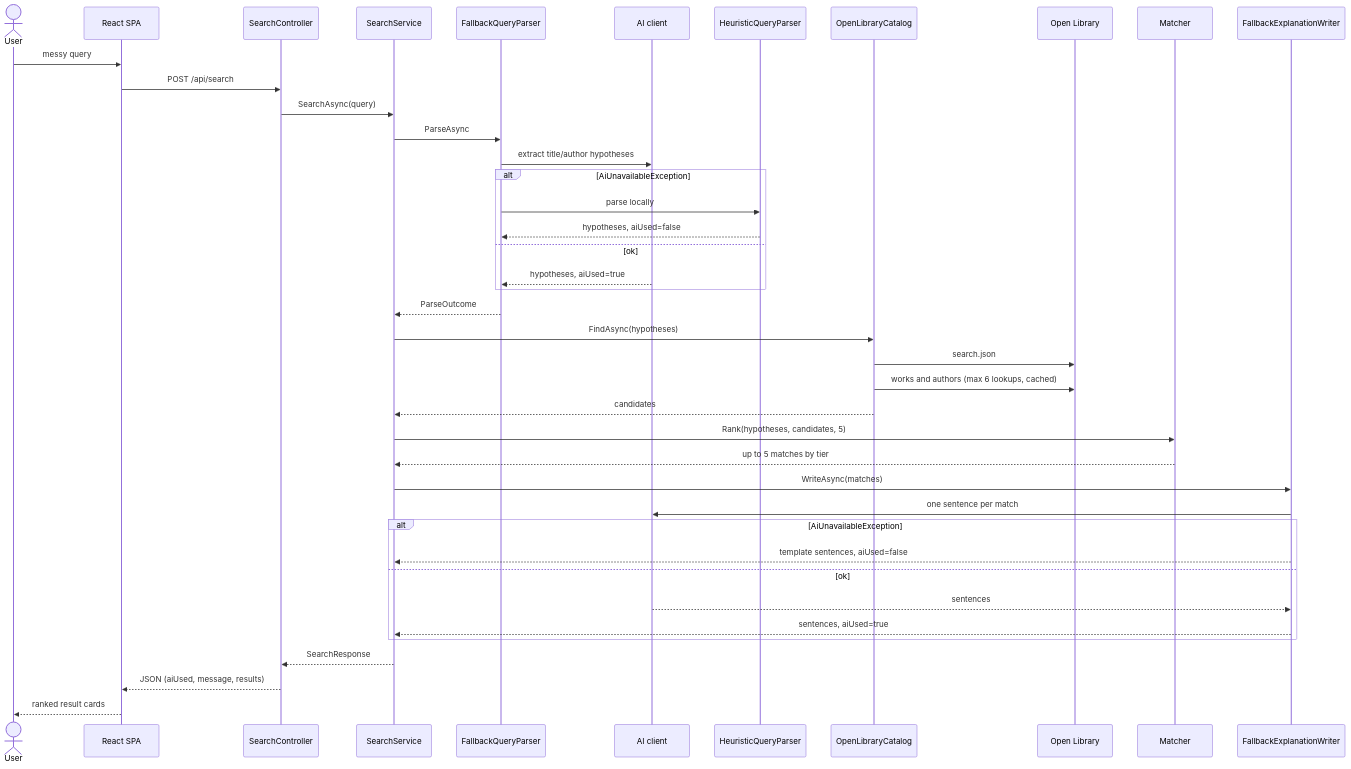
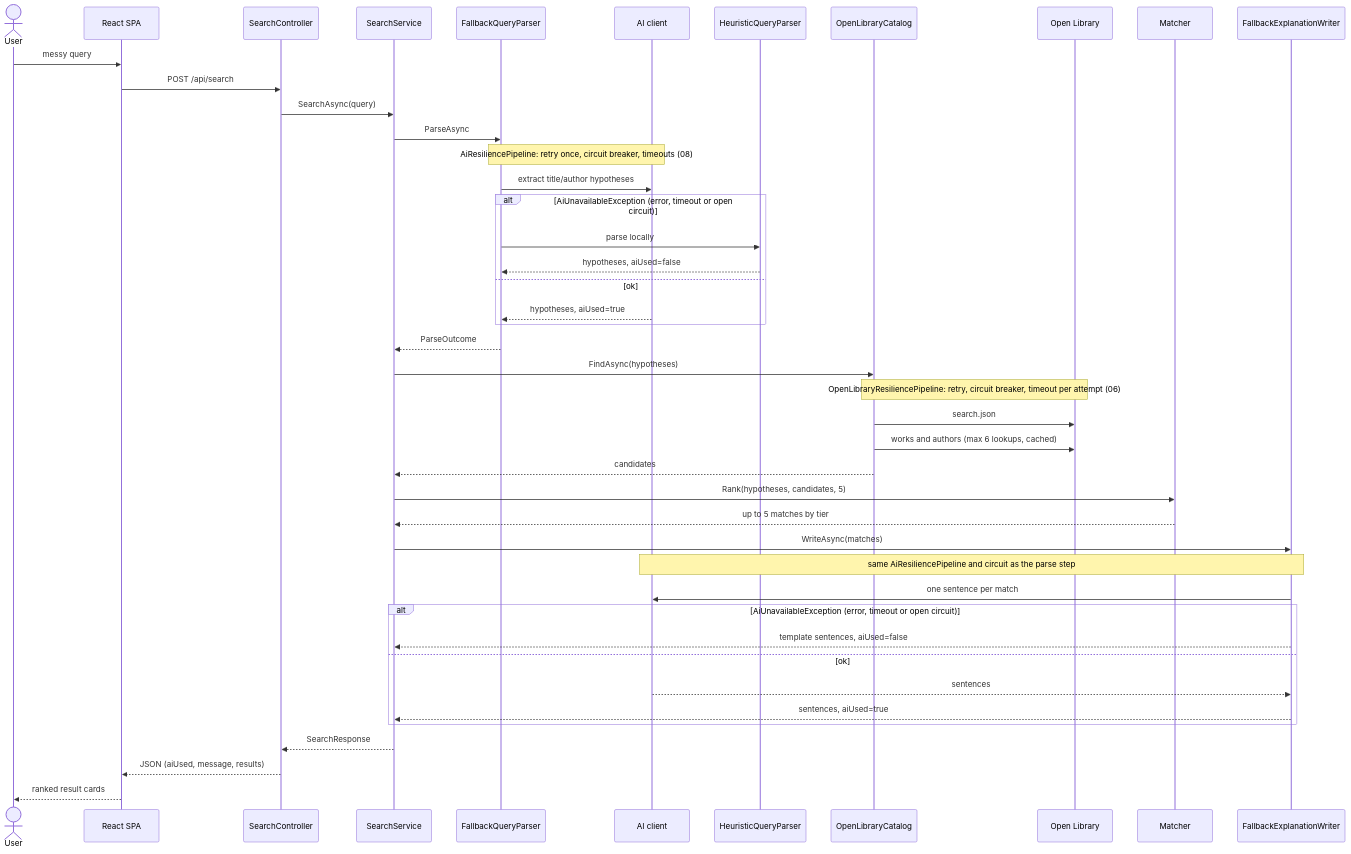
The diagram in docs/architecture/03-search-flow.md (juan-alvarez-at-trip-arc/find-that-book), drawn with Mermaid before and after one commit. The commit also changed 32 other files, not shown here.

First line of the commit message:
feat: add Polly retry, circuit breaker and timeouts for Open Library and AI calls

````diff
--- a/docs/architecture/03-search-flow.md
+++ b/docs/architecture/03-search-flow.md
@@ -3,44 +3,47 @@
 ```mermaid
 sequenceDiagram
     actor U as User
     participant W as React SPA
     participant C as SearchController
     participant S as SearchService
     participant P as FallbackQueryParser
     participant A as AI client
     participant H as HeuristicQueryParser
     participant K as OpenLibraryCatalog
     participant O as Open Library
     participant M as Matcher
     participant E as FallbackExplanationWriter
 
     U->>W: messy query
     W->>C: POST /api/search
     C->>S: SearchAsync(query)
     S->>P: ParseAsync
+    Note over P,A: AiResiliencePipeline: retry once, circuit breaker, timeouts (08)
     P->>A: extract title/author hypotheses
-    alt AiUnavailableException
+    alt AiUnavailableException (error, timeout or open circuit)
         P->>H: parse locally
         H-->>P: hypotheses, aiUsed=false
     else ok
         A-->>P: hypotheses, aiUsed=true
     end
     P-->>S: ParseOutcome
     S->>K: FindAsync(hypotheses)
+    Note over K,O: OpenLibraryResiliencePipeline: retry, circuit breaker, timeout per attempt (06)
     K->>O: search.json
     K->>O: works and authors (max 6 lookups, cached)
     K-->>S: candidates
     S->>M: Rank(hypotheses, candidates, 5)
     M-->>S: up to 5 matches by tier
     S->>E: WriteAsync(matches)
+    Note over E,A: same AiResiliencePipeline and circuit as the parse step
     E->>A: one sentence per match
-    alt AiUnavailableException
+    alt AiUnavailableException (error, timeout or open circuit)
         E-->>S: template sentences, aiUsed=false
     else ok
         A-->>E: sentences
         E-->>S: sentences, aiUsed=true
     end
     S-->>C: SearchResponse
     C-->>W: JSON (aiUsed, message, results)
     W-->>U: ranked result cards
 ```
````
